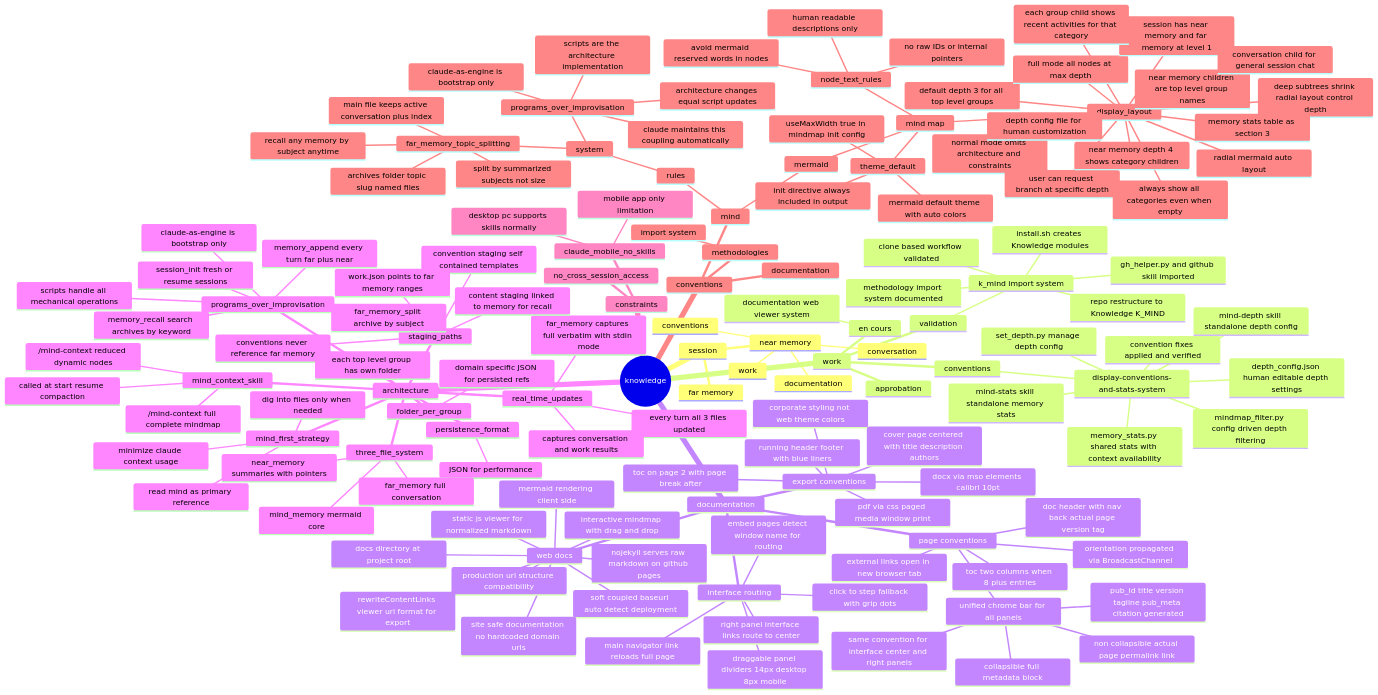
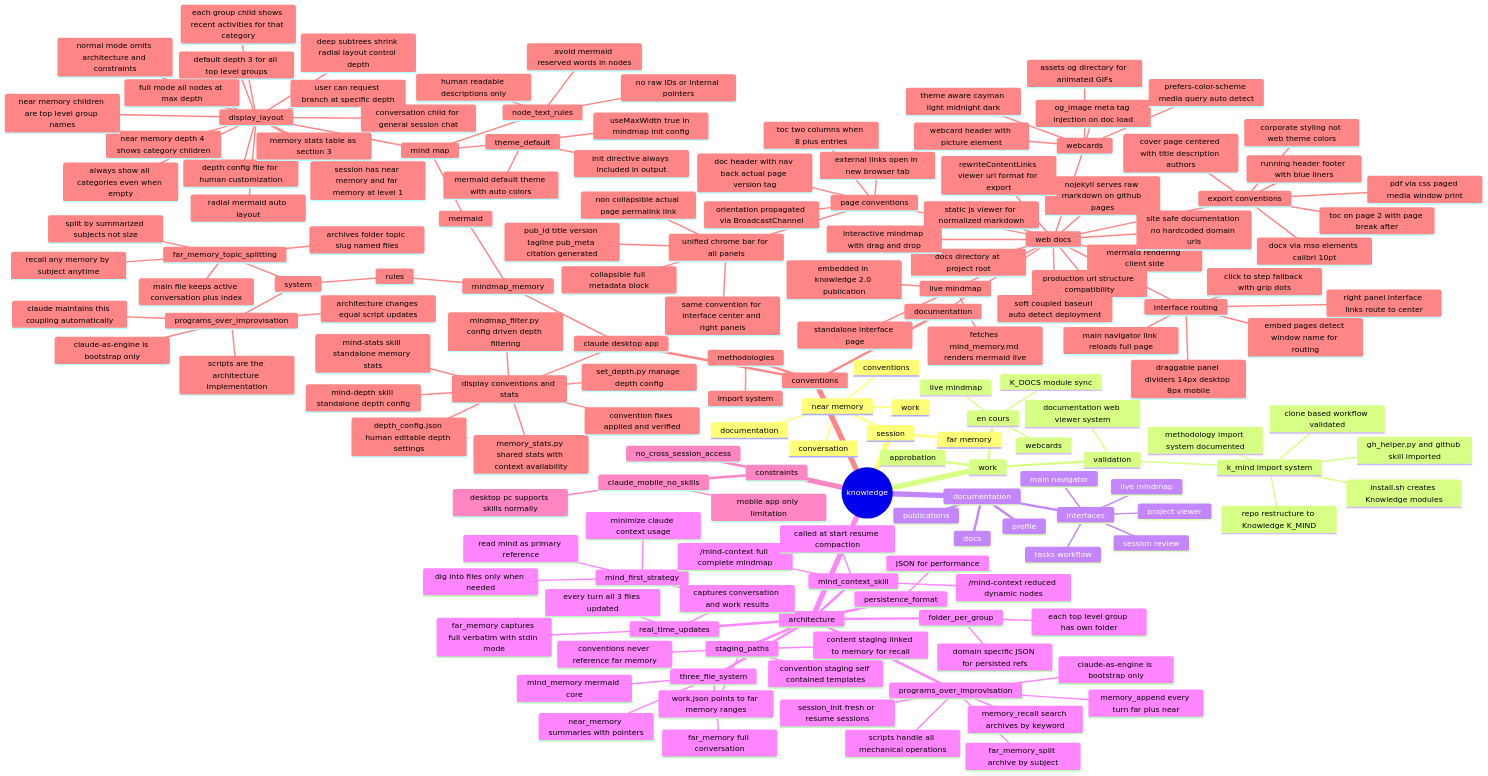
Before and after one commit to packetqc/K_DOCS: the diagram in Knowledge/K_MIND/mind/mind_memory.md, drawn with Mermaid. The commit also changed 10 other files, not shown here.

First line of the commit message:
feat: webcards viewer support, live mindmap interface, system restructuring

````diff
--- a/Knowledge/K_MIND/mind/mind_memory.md
+++ b/Knowledge/K_MIND/mind/mind_memory.md
@@ -11,8 +11,11 @@
       far memory
     work
       en cours
+        webcards
+        live mindmap
+        K_DOCS module sync
+      validation
         documentation web viewer system
-      validation
         k_mind import system
           repo restructure to Knowledge K_MIND
           install.sh creates Knowledge modules
@@ -20,49 +23,16 @@
           methodology import system documented
           clone based workflow validated
       approbation
-      conventions
-        display-conventions-and-stats-system
-          depth_config.json human editable depth settings
-          set_depth.py manage depth config
-          mindmap_filter.py config driven depth filtering
-          mind-stats skill standalone memory stats
-          mind-depth skill standalone depth config
-          memory_stats.py shared stats with context availability
-          convention fixes applied and verified
     documentation
-      web docs
-        docs directory at project root
-        static js viewer for normalized markdown
-        mermaid rendering client side
-        interactive mindmap with drag and drop
-        production url structure compatibility
-        soft coupled baseurl auto detect deployment
-        nojekyll serves raw markdown on github pages
-        site safe documentation no hardcoded domain urls
-        rewriteContentLinks viewer url format for export
-      page conventions
-        unified chrome bar for all panels
-          non collapsible actual page permalink link
-          collapsible full metadata block
-          pub_id title version tagline pub_meta citation generated
-          same convention for interface center and right panels
-        doc header with nav back actual page version tag
-        toc two columns when 8 plus entries
-        external links open in new browser tab
-        orientation propagated via BroadcastChannel
-      export conventions
-        corporate styling not web theme colors
-        cover page centered with title description authors
-        toc on page 2 with page break after
-        running header footer with blue liners
-        pdf via css paged media window print
-        docx via mso elements calibri 10pt
-      interface routing
-        right panel interface links route to center
-        main navigator link reloads full page
-        embed pages detect window name for routing
-        draggable panel dividers 14px desktop 8px mobile
-        click to step fallback with grip dots
+      docs
+      interfaces
+        main navigator
+        project viewer
+        session review
+        tasks workflow
+        live mindmap
+      profile
+      publications
     architecture
       persistence_format
         JSON for performance
@@ -103,45 +73,97 @@
         mobile app only limitation
         desktop pc supports skills normally
     conventions
-      mind
-        rules
-          system
-            programs_over_improvisation
-              claude-as-engine is bootstrap only
-              scripts are the architecture implementation
-              architecture changes equal script updates
-              claude maintains this coupling automatically
-            far_memory_topic_splitting
-              split by summarized subjects not size
-              archives folder topic slug named files
-              main file keeps active conversation plus index
-              recall any memory by subject anytime
-        mermaid
-          mind map
-            display_layout
-              radial mermaid auto layout
-              default depth 3 for all top level groups
-              normal mode omits architecture and constraints
-              deep subtrees shrink radial layout control depth
-              full mode all nodes at max depth
-              depth config file for human customization
-              user can request branch at specific depth
-              session has near memory and far memory at level 1
-              near memory depth 4 shows category children
-              near memory children are top level group names
-              each group child shows recent activities for that category
-              conversation child for general session chat
-              always show all categories even when empty
-              memory stats table as section 3
-            theme_default
-              mermaid default theme with auto colors
-              init directive always included in output
-              useMaxWidth true in mindmap init config
-            node_text_rules
-              human readable descriptions only
-              no raw IDs or internal pointers
-              avoid mermaid reserved words in nodes
+      claude desktop app
+        mindmap_memory
+          rules
+            system
+              programs_over_improvisation
+                claude-as-engine is bootstrap only
+                scripts are the architecture implementation
+                architecture changes equal script updates
+                claude maintains this coupling automatically
+              far_memory_topic_splitting
+                split by summarized subjects not size
+                archives folder topic slug named files
+                main file keeps active conversation plus index
+                recall any memory by subject anytime
+          mermaid
+            mind map
+              display_layout
+                radial mermaid auto layout
+                default depth 3 for all top level groups
+                normal mode omits architecture and constraints
+                deep subtrees shrink radial layout control depth
+                full mode all nodes at max depth
+                depth config file for human customization
+                user can request branch at specific depth
+                session has near memory and far memory at level 1
+                near memory depth 4 shows category children
+                near memory children are top level group names
+                each group child shows recent activities for that category
+                conversation child for general session chat
+                always show all categories even when empty
+                memory stats table as section 3
+              theme_default
+                mermaid default theme with auto colors
+                init directive always included in output
+                useMaxWidth true in mindmap init config
+              node_text_rules
+                human readable descriptions only
+                no raw IDs or internal pointers
+                avoid mermaid reserved words in nodes
+        display conventions and stats
+          depth_config.json human editable depth settings
+          set_depth.py manage depth config
+          mindmap_filter.py config driven depth filtering
+          mind-stats skill standalone memory stats
+          mind-depth skill standalone depth config
+          memory_stats.py shared stats with context availability
+          convention fixes applied and verified
       methodologies
         import system
       documentation
+        web docs
+          docs directory at project root
+          static js viewer for normalized markdown
+          mermaid rendering client side
+          interactive mindmap with drag and drop
+          production url structure compatibility
+          soft coupled baseurl auto detect deployment
+          nojekyll serves raw markdown on github pages
+          site safe documentation no hardcoded domain urls
+          rewriteContentLinks viewer url format for export
+          page conventions
+            unified chrome bar for all panels
+              non collapsible actual page permalink link
+              collapsible full metadata block
+              pub_id title version tagline pub_meta citation generated
+              same convention for interface center and right panels
+            doc header with nav back actual page version tag
+            toc two columns when 8 plus entries
+            external links open in new browser tab
+            orientation propagated via BroadcastChannel
+          export conventions
+            corporate styling not web theme colors
+            cover page centered with title description authors
+            toc on page 2 with page break after
+            running header footer with blue liners
+            pdf via css paged media window print
+            docx via mso elements calibri 10pt
+          interface routing
+            right panel interface links route to center
+            main navigator link reloads full page
+            embed pages detect window name for routing
+            draggable panel dividers 14px desktop 8px mobile
+            click to step fallback with grip dots
+          webcards
+            og_image meta tag injection on doc load
+            webcard header with picture element
+            theme aware cayman light midnight dark
+            prefers-color-scheme media query auto detect
+            assets og directory for animated GIFs
+          live mindmap
+            standalone interface page
+            embedded in knowledge 2.0 publication
+            fetches mind_memory.md renders mermaid live
 ```
````
